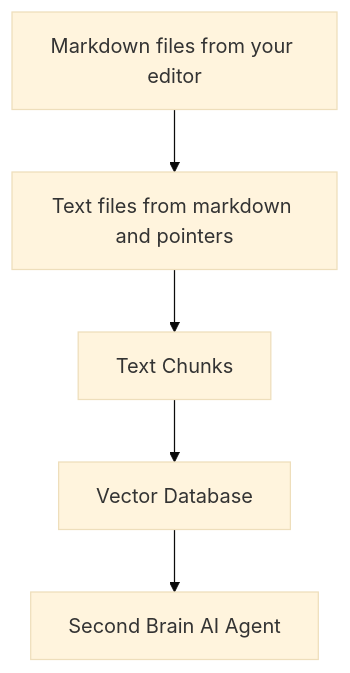
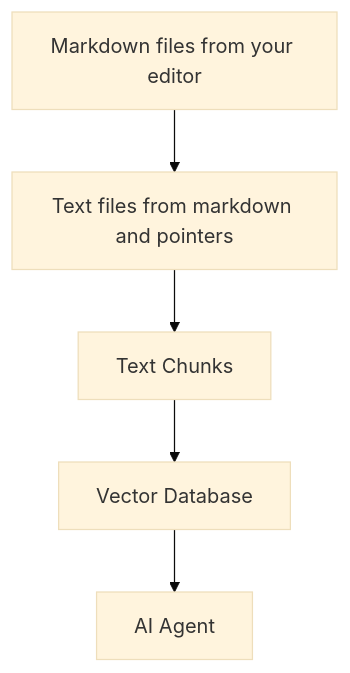
Before and after one commit to flepied/second-brain-agent: the diagram in README.md, drawn with Mermaid (base theme). The commit also changed other lines of this file and 7 other files, not shown here.

````diff
--- a/README.md
+++ b/README.md
@@ -42,4 +42,4 @@
 ```mermaid
 graph TD
-A[Markdown files from your editor]-->B[Text files from markdown and pointers]-->C[Text Chunks]-->D[Vector Database]-->E[Second Brain AI Agent]
+A[Markdown files from your editor]-->B[Text files from markdown and pointers]-->C[Text Chunks]-->D[Vector Database]-->E[AI Agent]
 ```
````
